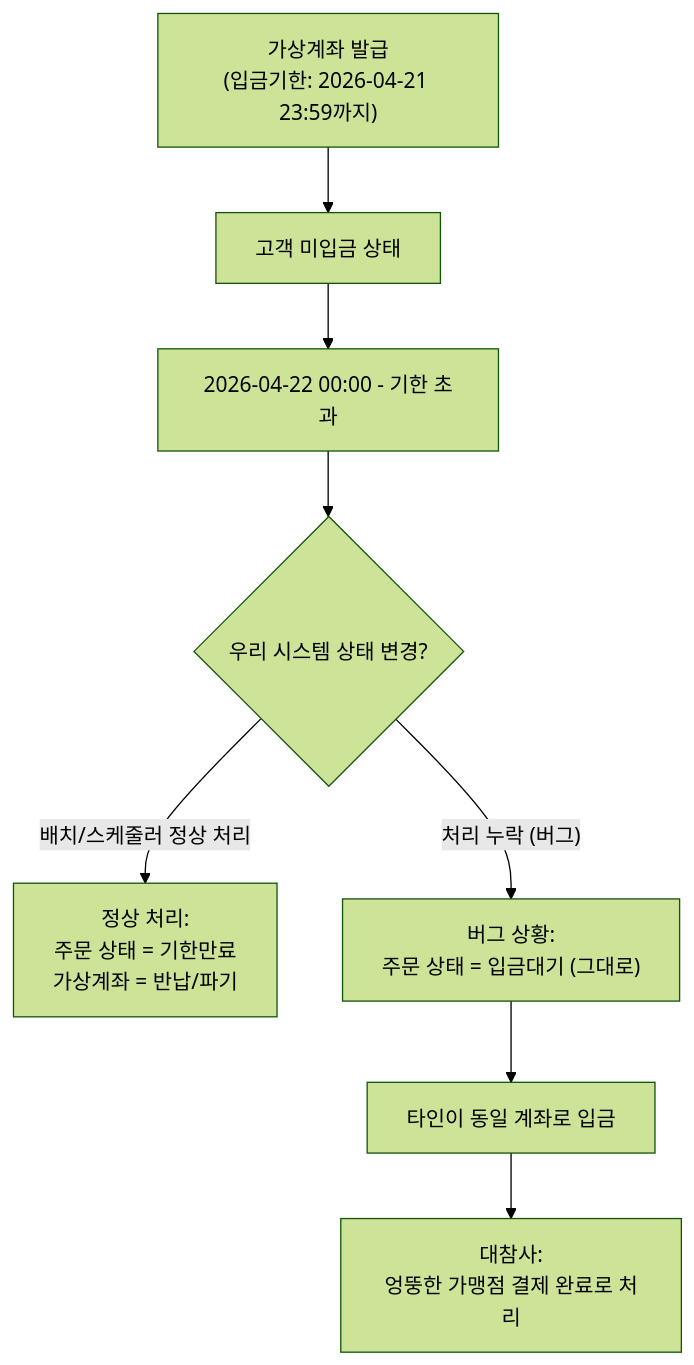
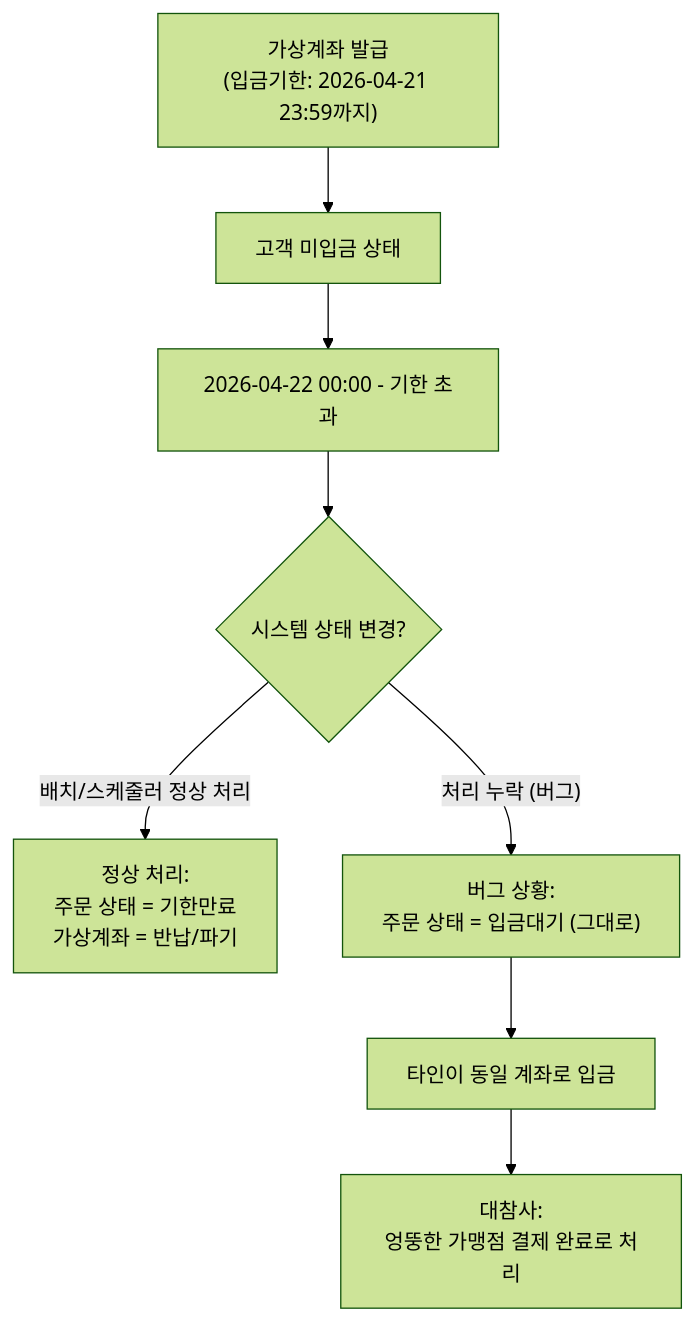
One commit to sweetpark/sweetpark.github.io changed the tenth of 25 diagrams in content/AI 도구/PG 교육자료/[AI] 2차 PG 백엔드 개발자 교육 문서 - 핵심 개념 및 특징 정리.md. Above: the diagram before and after it, drawn with Mermaid (forest theme). The commit also changed other lines of this file and 40 other files, not shown here.

````diff
--- a/content/AI 도구/PG 교육자료/[AI] 2차 PG 백엔드 개발자 교육 문서 - 핵심 개념 및 특징 정리.md
+++ b/content/AI 도구/PG 교육자료/[AI] 2차 PG 백엔드 개발자 교육 문서 - 핵심 개념 및 특징 정리.md
@@ -486,16 +486,16 @@
 ```mermaid
 flowchart TD
     A["가상계좌 발급\n(입금기한: 2026-04-21 23:59까지)"]
     B["고객 미입금 상태"]
     C["2026-04-22 00:00 - 기한 초과"]
-    D{우리 시스템 상태 변경?}
+    D{시스템 상태 변경?}
     E["정상 처리:\n주문 상태 = 기한만료\n가상계좌 = 반납/파기"]
     F["버그 상황:\n주문 상태 = 입금대기 (그대로)"]
     G["타인이 동일 계좌로 입금"]
     H["대참사:\n엉뚱한 가맹점 결제 완료로 처리"]
 
     A --> B --> C --> D
     D -->|"배치/스케줄러 정상 처리"| E
     D -->|"처리 누락 (버그)"| F
     F --> G --> H
 ```
````
